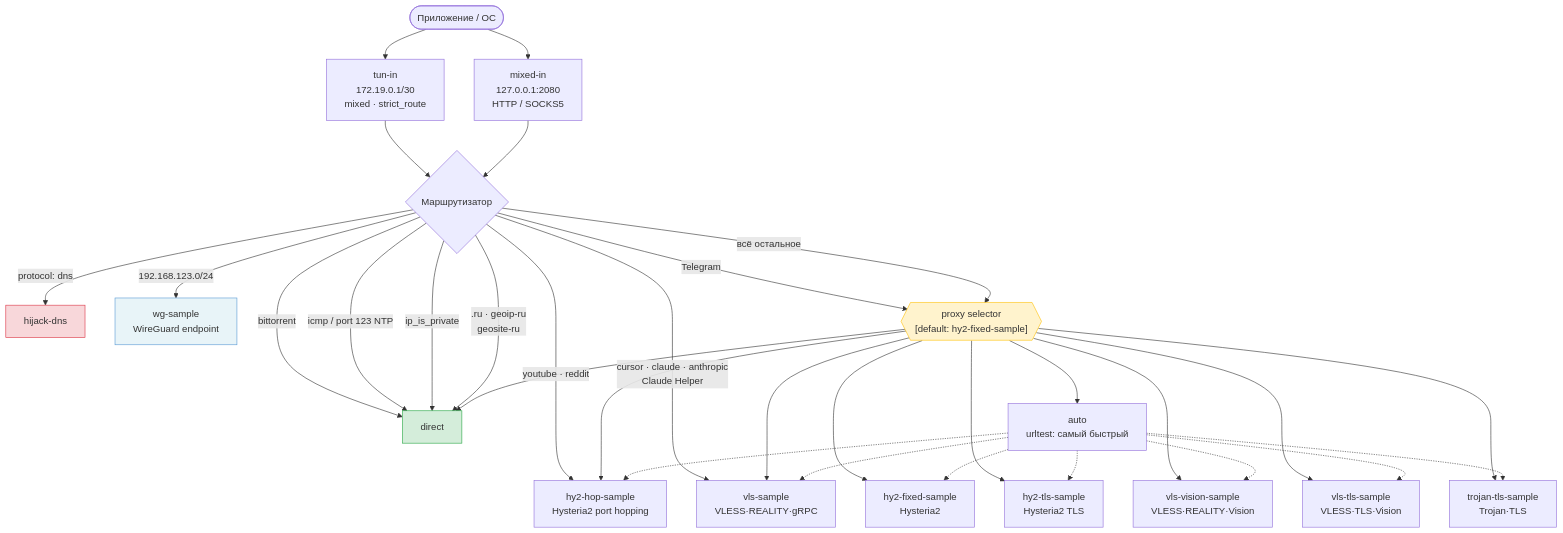
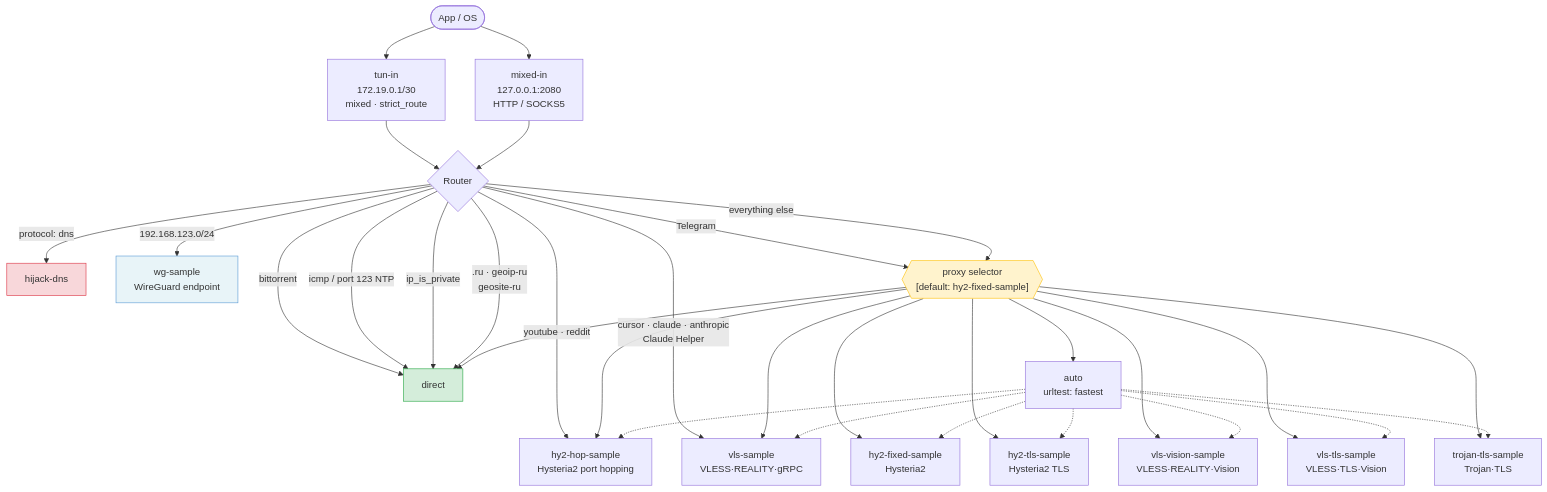
One commit to kolaqsq/sing-box-config changed the first of 3 diagrams in configs/ARCHITECTURE.md. Above: the diagram before and after it, drawn with Mermaid. The commit also changed other lines of this file and 1 other file, not shown here.

````diff
--- a/configs/ARCHITECTURE.md
+++ b/configs/ARCHITECTURE.md
@@ -7,42 +9,42 @@
 ```mermaid
 flowchart TD
-    APP([Приложение / ОС]) --> TUN["tun-in\n172.19.0.1/30\nmixed · strict_route"]
+    APP([App / OS]) --> TUN["tun-in\n172.19.0.1/30\nmixed · strict_route"]
     APP --> MIX["mixed-in\n127.0.0.1:2080\nHTTP / SOCKS5"]
 
-    TUN --> R{Маршрутизатор}
+    TUN --> R{Router}
     MIX --> R
 
     R -->|"protocol: dns"| DNSOUT[hijack-dns]
     R -->|"bittorrent"| DIR[direct]
     R -->|"icmp / port 123 NTP"| DIR
     R -->|"192.168.123.0/24"| WGS["wg-sample\nWireGuard endpoint"]
     R -->|"ip_is_private"| DIR
     R -->|"youtube · reddit"| HY2["hy2-hop-sample\nHysteria2 port hopping"]
     R -->|"cursor · claude · anthropic\nClaude Helper"| VLS["vls-sample\nVLESS·REALITY·gRPC"]
     R -->|"Telegram"| SEL
     R -->|".ru · geoip-ru\ngeosite-ru"| DIR
-    R -->|"всё остальное"| SEL{{"proxy selector\n[default: hy2-fixed-sample]"}}
+    R -->|"everything else"| SEL{{"proxy selector\n[default: hy2-fixed-sample]"}}
 
-    SEL --> AUTO["auto\nurltest: самый быстрый"]
+    SEL --> AUTO["auto\nurltest: fastest"]
     SEL --> HY1["hy2-fixed-sample\nHysteria2"]
     SEL --> HY2
     SEL --> HY3["hy2-tls-sample\nHysteria2 TLS"]
     SEL --> VLS
     SEL --> VLV["vls-vision-sample\nVLESS·REALITY·Vision"]
     SEL --> VLT["vls-tls-sample\nVLESS·TLS·Vision"]
     SEL --> TRJ["trojan-tls-sample\nTrojan·TLS"]
     SEL --> DIR
 
     AUTO -.-> HY1
     AUTO -.-> HY2
     AUTO -.-> HY3
     AUTO -.-> VLS
     AUTO -.-> VLV
     AUTO -.-> VLT
     AUTO -.-> TRJ
 
     style WGS fill:#e8f4f8,stroke:#5b9bd5
     style SEL fill:#fff3cd,stroke:#ffc107
     style DIR fill:#d4edda,stroke:#28a745
     style DNSOUT fill:#f8d7da,stroke:#dc3545
 ```
````
